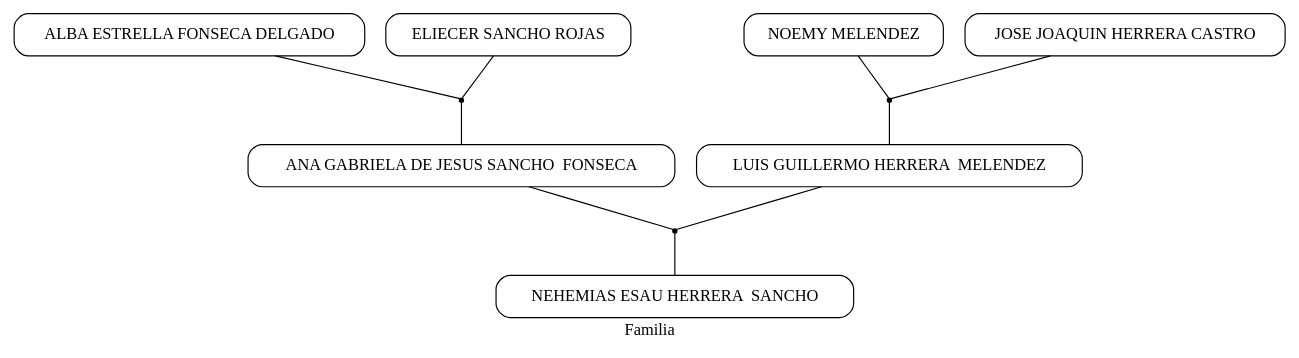
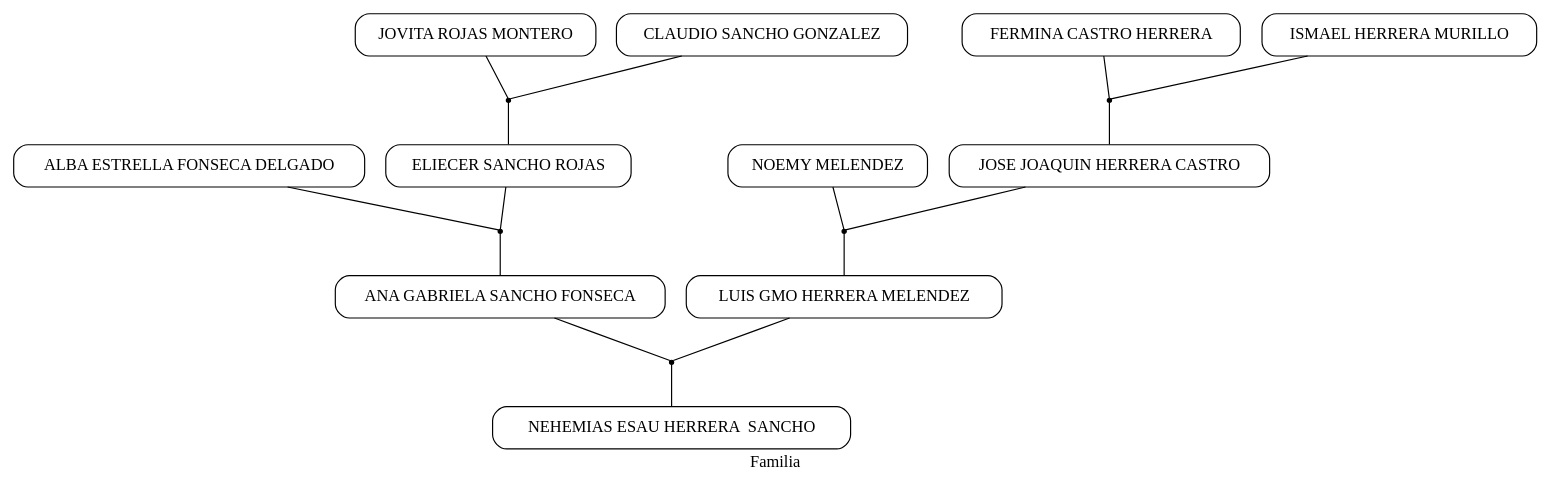
Before and after one commit to Gio666/python-git: the diagram in 003/simple.dot, drawn with Graphviz. The commit also changed 40 other files, not shown here.

```diff
--- a/003/simple.dot
+++ b/003/simple.dot
@@ -1,23 +1,31 @@
 strict digraph  {
 	graph [diredgeconstraints=true,
 		label=Familia,
 		mode=ipsep,
 		overlap=orthoxy,
 		sep=0.5
 	];
 	node [shape=box,
 		style=rounded
 	];
-	"NEHEMIAS ESAU HERRERA  SANCHO ANA GABRIELA DE JESUS SANCHO  FONSECA LUIS GUILLERMO HERRERA  MELENDEZ "	 [shape=point];
-	"ANA GABRIELA DE JESUS SANCHO  FONSECA " -> "NEHEMIAS ESAU HERRERA  SANCHO ANA GABRIELA DE JESUS SANCHO  FONSECA LUIS GUILLERMO HERRERA  MELENDEZ "	 [arrowhead=none];
-	"LUIS GUILLERMO HERRERA  MELENDEZ " -> "NEHEMIAS ESAU HERRERA  SANCHO ANA GABRIELA DE JESUS SANCHO  FONSECA LUIS GUILLERMO HERRERA  MELENDEZ "	 [arrowhead=none];
-	"NEHEMIAS ESAU HERRERA  SANCHO ANA GABRIELA DE JESUS SANCHO  FONSECA LUIS GUILLERMO HERRERA  MELENDEZ " -> "NEHEMIAS ESAU HERRERA  SANCHO "	 [arrowhead=none];
-	"ANA GABRIELA DE JESUS SANCHO  FONSECA ALBA ESTRELLA FONSECA DELGADO ELIECER SANCHO ROJAS "	 [shape=point];
-	"ALBA ESTRELLA FONSECA DELGADO " -> "ANA GABRIELA DE JESUS SANCHO  FONSECA ALBA ESTRELLA FONSECA DELGADO ELIECER SANCHO ROJAS "	 [arrowhead=none];
-	"ELIECER SANCHO ROJAS " -> "ANA GABRIELA DE JESUS SANCHO  FONSECA ALBA ESTRELLA FONSECA DELGADO ELIECER SANCHO ROJAS "	 [arrowhead=none];
-	"ANA GABRIELA DE JESUS SANCHO  FONSECA ALBA ESTRELLA FONSECA DELGADO ELIECER SANCHO ROJAS " -> "ANA GABRIELA DE JESUS SANCHO  FONSECA "	 [arrowhead=none];
-	"LUIS GUILLERMO HERRERA  MELENDEZ NOEMY MELENDEZ JOSE JOAQUIN HERRERA CASTRO "	 [shape=point];
-	"NOEMY MELENDEZ " -> "LUIS GUILLERMO HERRERA  MELENDEZ NOEMY MELENDEZ JOSE JOAQUIN HERRERA CASTRO "	 [arrowhead=none];
-	"JOSE JOAQUIN HERRERA CASTRO " -> "LUIS GUILLERMO HERRERA  MELENDEZ NOEMY MELENDEZ JOSE JOAQUIN HERRERA CASTRO "	 [arrowhead=none];
-	"LUIS GUILLERMO HERRERA  MELENDEZ NOEMY MELENDEZ JOSE JOAQUIN HERRERA CASTRO " -> "LUIS GUILLERMO HERRERA  MELENDEZ "	 [arrowhead=none];
+	"NEHEMIAS ESAU HERRERA  SANCHO ANA GABRIELA SANCHO FONSECA LUIS GMO HERRERA MELENDEZ "	 [shape=point];
+	"ANA GABRIELA SANCHO FONSECA " -> "NEHEMIAS ESAU HERRERA  SANCHO ANA GABRIELA SANCHO FONSECA LUIS GMO HERRERA MELENDEZ "	 [arrowhead=none];
+	"LUIS GMO HERRERA MELENDEZ " -> "NEHEMIAS ESAU HERRERA  SANCHO ANA GABRIELA SANCHO FONSECA LUIS GMO HERRERA MELENDEZ "	 [arrowhead=none];
+	"NEHEMIAS ESAU HERRERA  SANCHO ANA GABRIELA SANCHO FONSECA LUIS GMO HERRERA MELENDEZ " -> "NEHEMIAS ESAU HERRERA  SANCHO "	 [arrowhead=none];
+	"ANA GABRIELA SANCHO FONSECA ALBA ESTRELLA FONSECA DELGADO ELIECER SANCHO ROJAS "	 [shape=point];
+	"ALBA ESTRELLA FONSECA DELGADO " -> "ANA GABRIELA SANCHO FONSECA ALBA ESTRELLA FONSECA DELGADO ELIECER SANCHO ROJAS "	 [arrowhead=none];
+	"ELIECER SANCHO ROJAS " -> "ANA GABRIELA SANCHO FONSECA ALBA ESTRELLA FONSECA DELGADO ELIECER SANCHO ROJAS "	 [arrowhead=none];
+	"ANA GABRIELA SANCHO FONSECA ALBA ESTRELLA FONSECA DELGADO ELIECER SANCHO ROJAS " -> "ANA GABRIELA SANCHO FONSECA "	 [arrowhead=none];
+	"LUIS GMO HERRERA MELENDEZ NOEMY MELENDEZ JOSE JOAQUIN HERRERA CASTRO "	 [shape=point];
+	"NOEMY MELENDEZ " -> "LUIS GMO HERRERA MELENDEZ NOEMY MELENDEZ JOSE JOAQUIN HERRERA CASTRO "	 [arrowhead=none];
+	"JOSE JOAQUIN HERRERA CASTRO " -> "LUIS GMO HERRERA MELENDEZ NOEMY MELENDEZ JOSE JOAQUIN HERRERA CASTRO "	 [arrowhead=none];
+	"LUIS GMO HERRERA MELENDEZ NOEMY MELENDEZ JOSE JOAQUIN HERRERA CASTRO " -> "LUIS GMO HERRERA MELENDEZ "	 [arrowhead=none];
+	"ELIECER SANCHO ROJAS JOVITA ROJAS MONTERO CLAUDIO SANCHO GONZALEZ "	 [shape=point];
+	"JOVITA ROJAS MONTERO " -> "ELIECER SANCHO ROJAS JOVITA ROJAS MONTERO CLAUDIO SANCHO GONZALEZ "	 [arrowhead=none];
+	"CLAUDIO SANCHO GONZALEZ " -> "ELIECER SANCHO ROJAS JOVITA ROJAS MONTERO CLAUDIO SANCHO GONZALEZ "	 [arrowhead=none];
+	"ELIECER SANCHO ROJAS JOVITA ROJAS MONTERO CLAUDIO SANCHO GONZALEZ " -> "ELIECER SANCHO ROJAS "	 [arrowhead=none];
+	"JOSE JOAQUIN HERRERA CASTRO FERMINA CASTRO HERRERA ISMAEL HERRERA MURILLO "	 [shape=point];
+	"FERMINA CASTRO HERRERA " -> "JOSE JOAQUIN HERRERA CASTRO FERMINA CASTRO HERRERA ISMAEL HERRERA MURILLO "	 [arrowhead=none];
+	"ISMAEL HERRERA MURILLO " -> "JOSE JOAQUIN HERRERA CASTRO FERMINA CASTRO HERRERA ISMAEL HERRERA MURILLO "	 [arrowhead=none];
+	"JOSE JOAQUIN HERRERA CASTRO FERMINA CASTRO HERRERA ISMAEL HERRERA MURILLO " -> "JOSE JOAQUIN HERRERA CASTRO "	 [arrowhead=none];
 }
```
